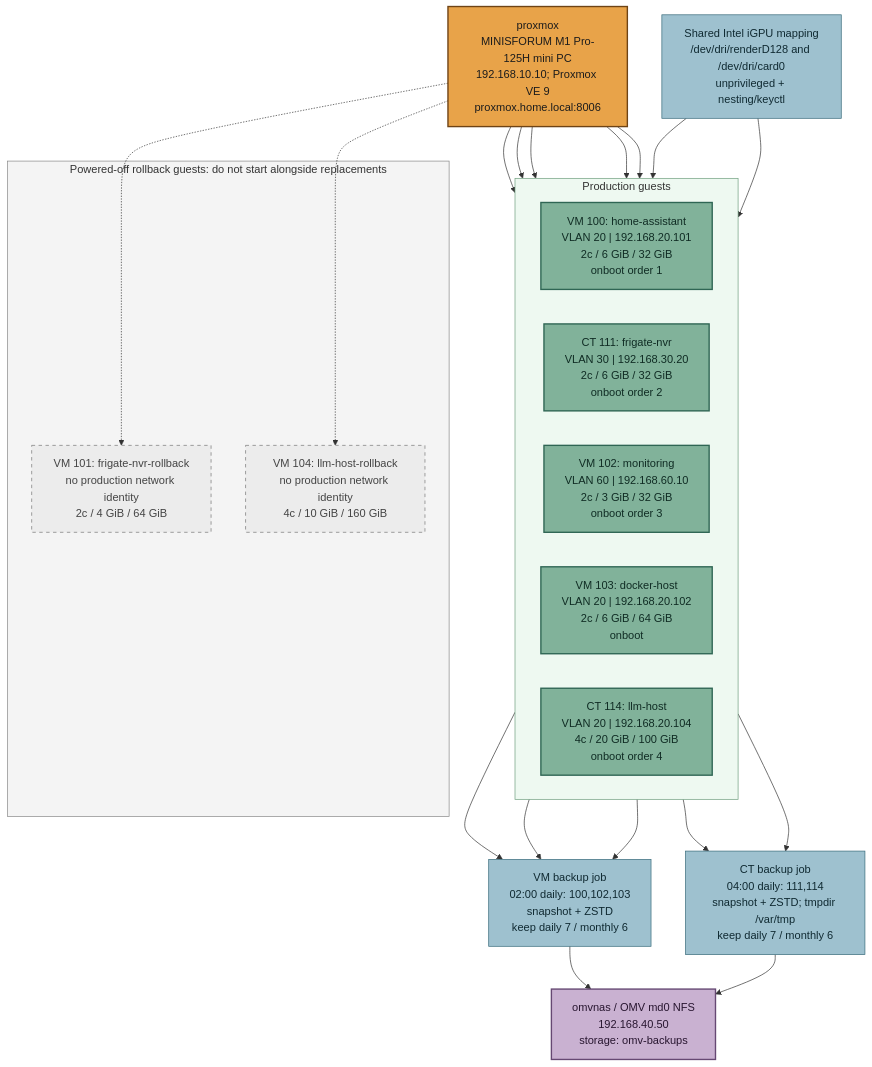
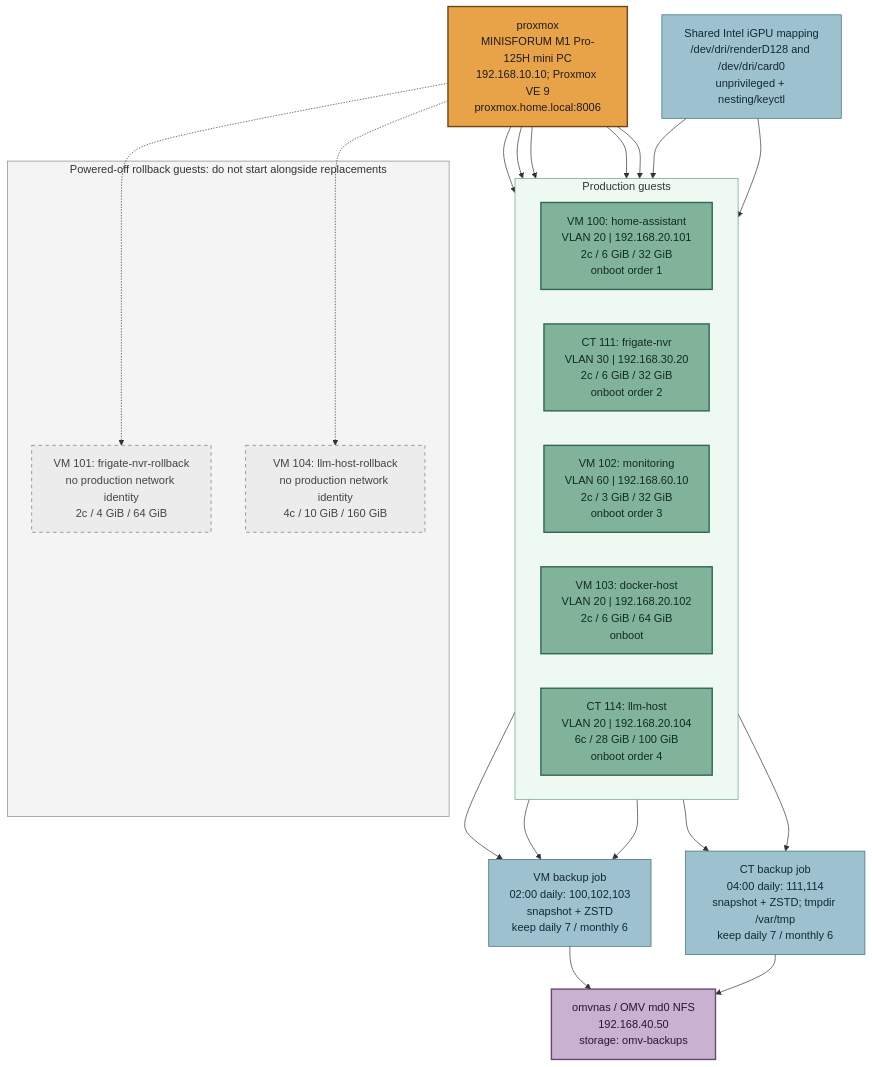
Before and after one commit to Nysplaidame/home-automation-project: the diagram in main/docs/diagrams/infrastructure/proxmox-guests-and-backups.mermaid, drawn with Mermaid. The commit also changed 22 other files, not shown here.

First line of the commit message:
Update docs, diagrams and wiki for Voice Mixer and llm-host Tailscale route

```diff
--- a/main/docs/diagrams/infrastructure/proxmox-guests-and-backups.mermaid
+++ b/main/docs/diagrams/infrastructure/proxmox-guests-and-backups.mermaid
@@ -1,52 +1,52 @@
 flowchart TB
     Proxmox["proxmox<br/>MINISFORUM M1 Pro-125H mini PC<br/>192.168.10.10; Proxmox VE 9<br/>proxmox.home.local:8006"]
 
     subgraph Production["Production guests"]
         direction LR
         HA["VM 100: home-assistant<br/>VLAN 20 | 192.168.20.101<br/>2c / 6 GiB / 32 GiB<br/>onboot order 1"]
         Frigate["CT 111: frigate-nvr<br/>VLAN 30 | 192.168.30.20<br/>2c / 6 GiB / 32 GiB<br/>onboot order 2"]
         Monitoring["VM 102: monitoring<br/>VLAN 60 | 192.168.60.10<br/>2c / 3 GiB / 32 GiB<br/>onboot order 3"]
         Docker["VM 103: docker-host<br/>VLAN 20 | 192.168.20.102<br/>2c / 6 GiB / 64 GiB<br/>onboot"]
-        LLM["CT 114: llm-host<br/>VLAN 20 | 192.168.20.104<br/>4c / 20 GiB / 100 GiB<br/>onboot order 4"]
+        LLM["CT 114: llm-host<br/>VLAN 20 | 192.168.20.104<br/>6c / 28 GiB / 100 GiB<br/>onboot order 4"]
     end
 
     subgraph Rollback["Powered-off rollback guests: do not start alongside replacements"]
         VM101["VM 101: frigate-nvr-rollback<br/>no production network identity<br/>2c / 4 GiB / 64 GiB"]
         VM104["VM 104: llm-host-rollback<br/>no production network identity<br/>4c / 10 GiB / 160 GiB"]
     end
 
     Proxmox --> HA
     Proxmox --> Frigate
     Proxmox --> Monitoring
     Proxmox --> Docker
     Proxmox --> LLM
     Proxmox -.-> VM101
     Proxmox -.-> VM104
 
     GPU["Shared Intel iGPU mapping<br/>/dev/dri/renderD128 and /dev/dri/card0<br/>unprivileged + nesting/keyctl"]
     GPU --> Frigate
     GPU --> LLM
 
     OMV["omvnas / OMV md0 NFS<br/>192.168.40.50<br/>storage: omv-backups"]
     BackupVM["VM backup job<br/>02:00 daily: 100,102,103<br/>snapshot + ZSTD<br/>keep daily 7 / monthly 6"]
     BackupCT["CT backup job<br/>04:00 daily: 111,114<br/>snapshot + ZSTD; tmpdir /var/tmp<br/>keep daily 7 / monthly 6"]
     BackupVM --> OMV
     BackupCT --> OMV
     HA --> BackupVM
     Monitoring --> BackupVM
     Docker --> BackupVM
     Frigate --> BackupCT
     LLM --> BackupCT
 
     classDef host fill:#e8a349,stroke:#6e4315,color:#1c1c1c,stroke-width:2px
     classDef guest fill:#81b29a,stroke:#2f6654,color:#102c24,stroke-width:2px
     classDef storage fill:#c9b1d1,stroke:#664873,color:#281630,stroke-width:2px
     classDef backup fill:#9ec1cf,stroke:#376a7a,color:#102a32
     classDef rollback fill:#ececec,stroke:#777777,color:#444444,stroke-dasharray: 5 5
     class Proxmox host
     class HA,Frigate,Monitoring,Docker,LLM guest
     class OMV storage
     class GPU,BackupVM,BackupCT backup
     class VM101,VM104 rollback
     style Production fill:#eef9f1,stroke:#6e9e7e,stroke-width:1px
     style Rollback fill:#f4f4f4,stroke:#888888,stroke-width:1px
```
